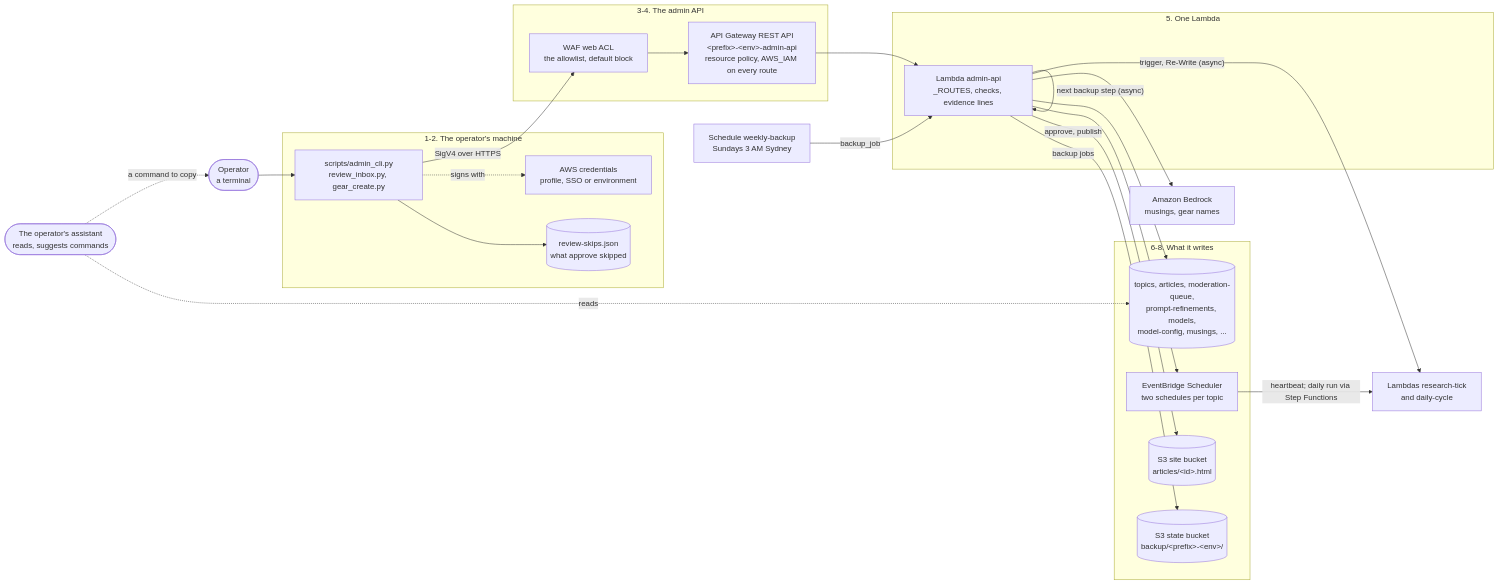
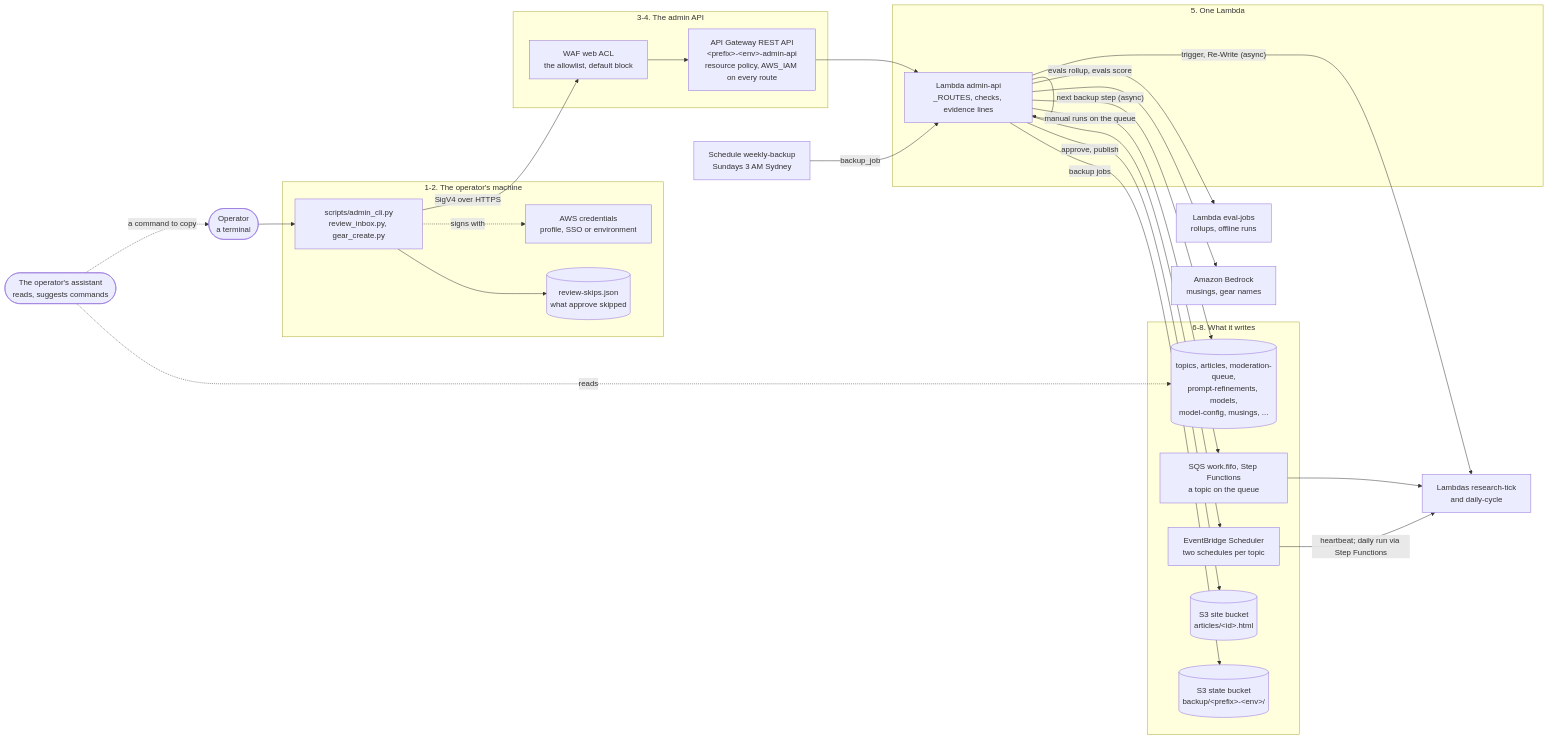
Before and after one commit to AllainWoodsford/BloggerBear: the diagram in docs/architecture/admin-cli.md, drawn with Mermaid. The commit also changed other lines of this file and 117 other files, not shown here.

````diff
--- a/docs/architecture/admin-cli.md
+++ b/docs/architecture/admin-cli.md
@@ -32,42 +32,46 @@
 ```mermaid
 flowchart LR
     operator(["Operator<br/>a terminal"])
     subgraph local["1-2. The operator's machine"]
         cli["scripts/admin_cli.py<br/>review_inbox.py, gear_create.py"]
         creds["AWS credentials<br/>profile, SSO or environment"]
         skips[("review-skips.json<br/>what approve skipped")]
     end
     subgraph edge["3-4. The admin API"]
         acl["WAF web ACL<br/>the allowlist, default block"]
         apigw["API Gateway REST API<br/>&lt;prefix&gt;-&lt;env&gt;-admin-api<br/>resource policy, AWS_IAM on every route"]
     end
     subgraph handler["5. One Lambda"]
         fn["Lambda admin-api<br/>_ROUTES, checks, evidence lines"]
     end
     subgraph writes["6-8. What it writes"]
         tables[("topics, articles, moderation-queue,<br/>prompt-refinements, models,<br/>model-config, musings, ...")]
         sched["EventBridge Scheduler<br/>two schedules per topic"]
+        queue["SQS work.fifo, Step Functions<br/>a topic on the queue"]
         site[("S3 site bucket<br/>articles/&lt;id&gt;.html")]
         state[("S3 state bucket<br/>backup/&lt;prefix&gt;-&lt;env&gt;/")]
     end
     weekly["Schedule weekly-backup<br/>Sundays 3 AM Sydney"]
     pipeline["Lambdas research-tick<br/>and daily-cycle"]
+    evaljobs["Lambda eval-jobs<br/>rollups, offline runs"]
     bedrock["Amazon Bedrock<br/>musings, gear names"]
     assistant(["The operator's assistant<br/>reads, suggests commands"])
 
     operator --> cli
     cli -. "signs with" .-> creds
     cli --> skips
     cli -- "SigV4 over HTTPS" --> acl --> apigw --> fn
     fn --> tables
     fn --> sched
+    fn -- "manual runs on the queue" --> queue --> pipeline
+    fn -- "evals rollup, evals score" --> evaljobs
     fn -- "approve, publish" --> site
     fn -- "trigger, Re-Write (async)" --> pipeline
     fn --> bedrock
     fn -- "backup jobs" --> state
     weekly -- "backup_job" --> fn
     fn -- "next backup step (async)" --> fn
     sched -- "heartbeat; daily run via Step Functions" --> pipeline
     assistant -. "reads" .-> tables
     assistant -. "a command to copy" .-> operator
 ```
````
